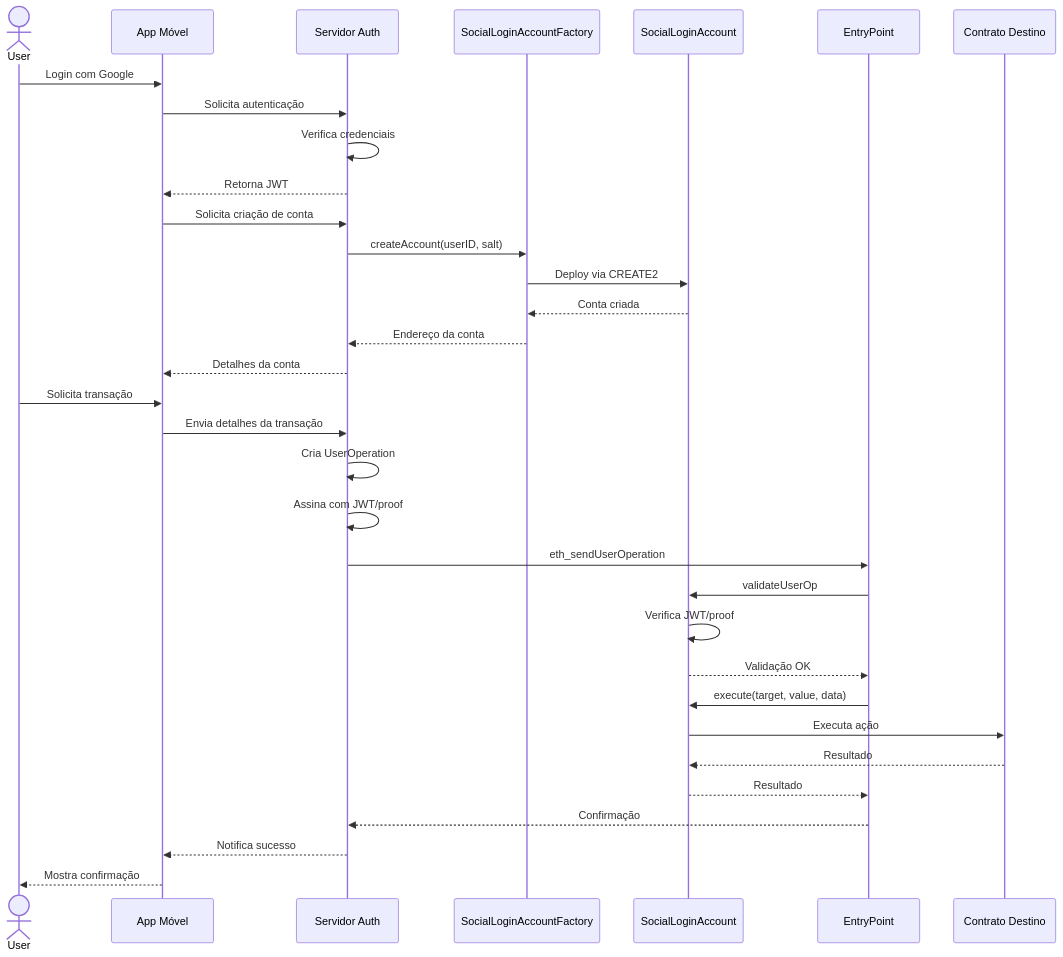
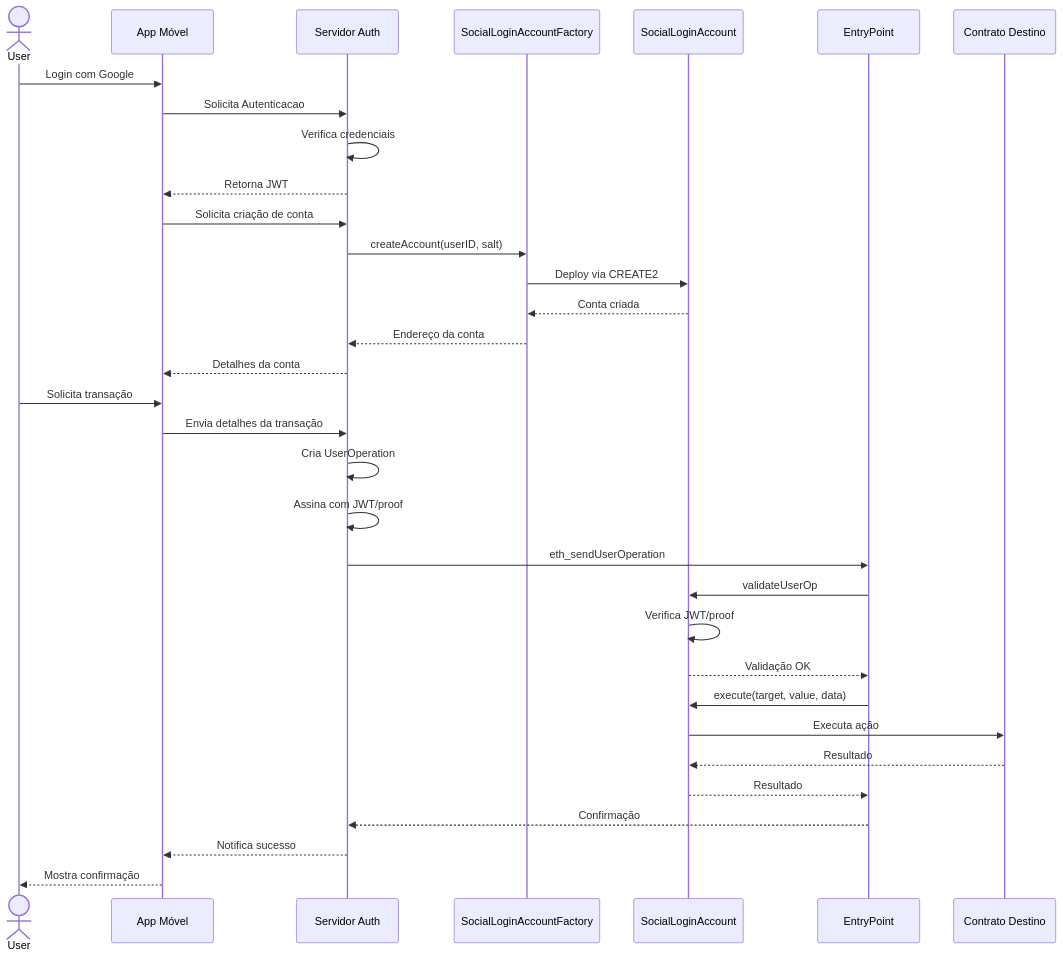
One commit to govinda777/poc_ERC-4337 changed the fifth of 8 diagrams in frontend/DIAGRAMS.md. Above: the diagram before and after it, drawn with Mermaid. The commit also changed other lines of this file and 233 other files, not shown here.

````diff
--- a/frontend/DIAGRAMS.md
+++ b/frontend/DIAGRAMS.md
@@ -266,40 +266,40 @@
 ```mermaid
 sequenceDiagram
     actor User
     participant MobileApp as App Móvel
     participant AuthServer as Servidor Auth
     participant Factory as SocialLoginAccountFactory
     participant SocialAccount as SocialLoginAccount
     participant EntryPoint
     participant Target as Contrato Destino
     
     User->>MobileApp: Login com Google
-    MobileApp->>AuthServer: Solicita autenticação
+    MobileApp->>AuthServer: Solicita Autenticacao
     AuthServer->>AuthServer: Verifica credenciais
     AuthServer-->>MobileApp: Retorna JWT
     
     MobileApp->>AuthServer: Solicita criação de conta
     AuthServer->>Factory: createAccount(userID, salt)
     Factory->>SocialAccount: Deploy via CREATE2
     SocialAccount-->>Factory: Conta criada
     Factory-->>AuthServer: Endereço da conta
     AuthServer-->>MobileApp: Detalhes da conta
     
     User->>MobileApp: Solicita transação
     MobileApp->>AuthServer: Envia detalhes da transação
     AuthServer->>AuthServer: Cria UserOperation
     AuthServer->>AuthServer: Assina com JWT/proof
     
     AuthServer->>EntryPoint: eth_sendUserOperation
     EntryPoint->>SocialAccount: validateUserOp
     SocialAccount->>SocialAccount: Verifica JWT/proof
     SocialAccount-->>EntryPoint: Validação OK
     
     EntryPoint->>SocialAccount: execute(target, value, data)
     SocialAccount->>Target: Executa ação 
     Target-->>SocialAccount: Resultado
     SocialAccount-->>EntryPoint: Resultado
     EntryPoint-->>AuthServer: Confirmação
     AuthServer-->>MobileApp: Notifica sucesso
     MobileApp-->>User: Mostra confirmação
 ```
````
